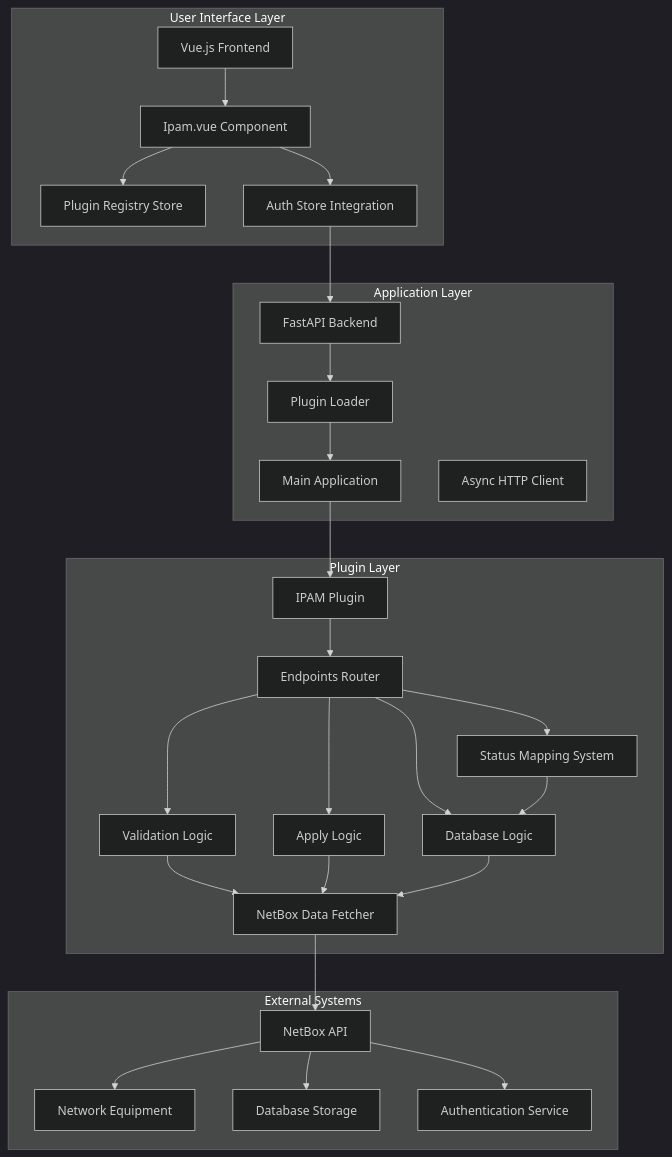
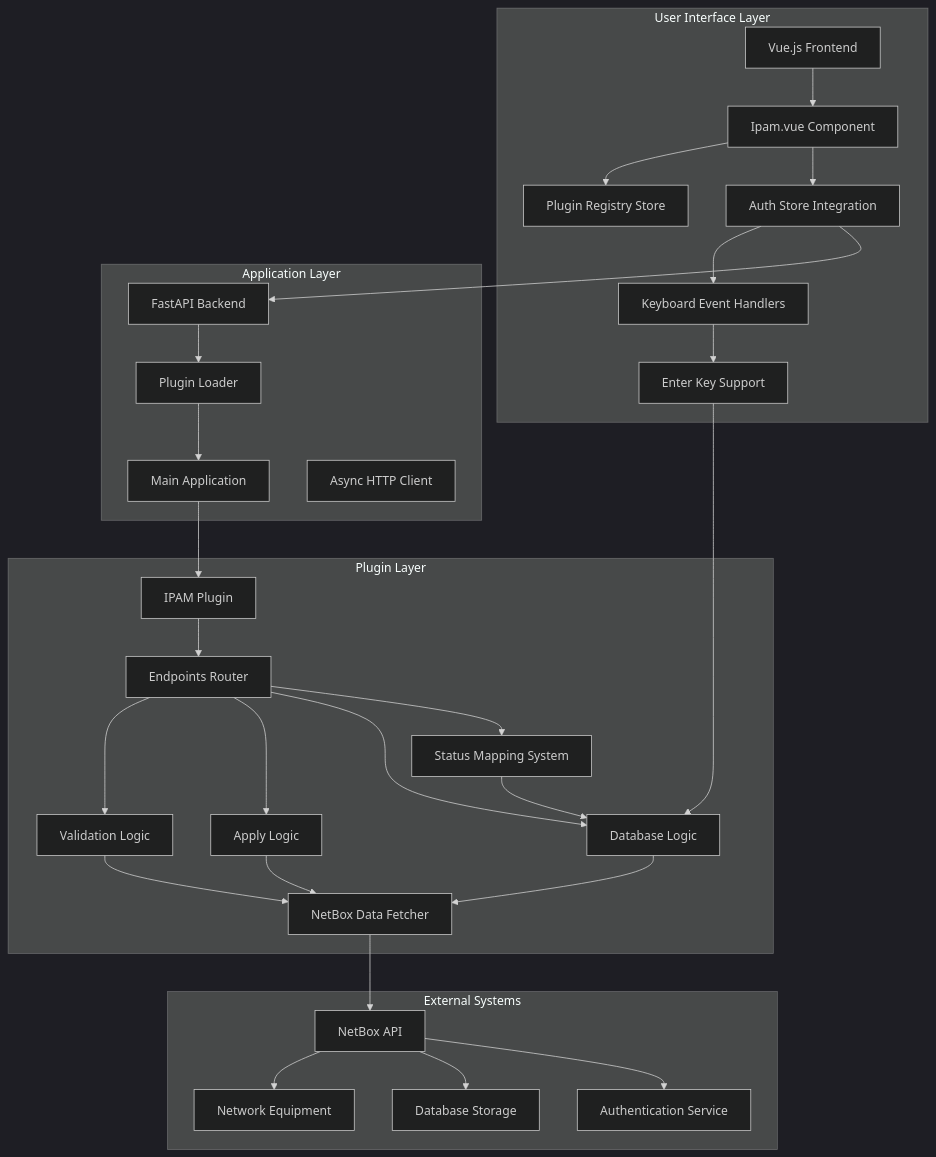
One commit to Nikita5543/New-SSO-02 changed the second of 10 diagrams in .qoder/repowiki/en/content/Built-in Plugins/IPAM Plugin.md. Above: the diagram before and after it, drawn with Mermaid (dark theme). The commit also changed other lines of this file and 3 other files, not shown here.

````diff
--- a/.qoder/repowiki/en/content/Built-in Plugins/IPAM Plugin.md
+++ b/.qoder/repowiki/en/content/Built-in Plugins/IPAM Plugin.md
@@ -128,50 +130,55 @@
 ```mermaid
 graph TB
 subgraph "User Interface Layer"
 A[Vue.js Frontend]
 B[Ipam.vue Component]
 C[Plugin Registry Store]
 D[Auth Store Integration]
+E[Keyboard Event Handlers]
+F[Enter Key Support]
 end
 subgraph "Application Layer"
-E[FastAPI Backend]
-F[Plugin Loader]
-G[Main Application]
-H[Async HTTP Client]
+G[FastAPI Backend]
+H[Plugin Loader]
+I[Main Application]
+J[Async HTTP Client]
 end
 subgraph "Plugin Layer"
-I[IPAM Plugin]
-J[Endpoints Router]
-K[Validation Logic]
-L[Apply Logic]
-M[Database Logic]
-N[NetBox Data Fetcher]
-O[Status Mapping System]
+K[IPAM Plugin]
+L[Endpoints Router]
+M[Validation Logic]
+N[Apply Logic]
+O[Database Logic]
+P[NetBox Data Fetcher]
+Q[Status Mapping System]
 end
 subgraph "External Systems"
-P[NetBox API]
-Q[Network Equipment]
-R[Database Storage]
-S[Authentication Service]
+R[NetBox API]
+S[Network Equipment]
+T[Database Storage]
+U[Authentication Service]
 end
 A --> B
 B --> C
 B --> D
 D --> E
 E --> F
-F --> G
-G --> I
-I --> J
-J --> K
-J --> L
-J --> M
-J --> O
-K --> N
+F --> O
+D --> G
+G --> H
+H --> I
+I --> K
+K --> L
+L --> M
 L --> N
-M --> N
-O --> M
+L --> O
+L --> Q
+M --> P
 N --> P
-P --> Q
+O --> P
+Q --> O
 P --> R
-P --> S
+R --> S
+R --> T
+R --> U
 ```
````
